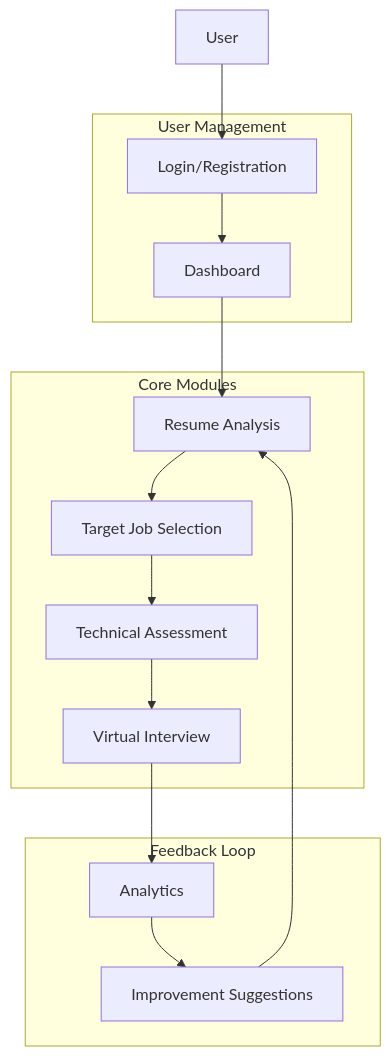
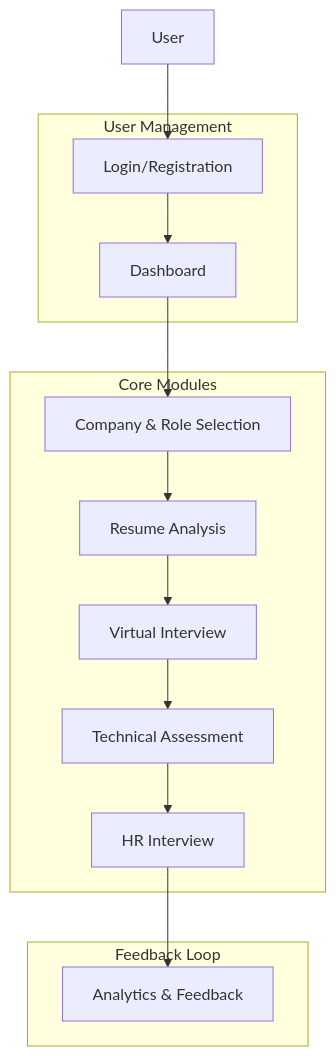
One commit to MaheshSharan/AI-Powered-Interview-Preparation-System-AIPS- changed the first of 6 diagrams in AIPS_Todo_List.md. Above: the diagram before and after it, drawn with Mermaid. The commit also changed other lines of this file and 10 other files, not shown here.

Commit message:
Implement dashboard and company selection modules with local storage persistence

````diff
--- a/AIPS_Todo_List.md
+++ b/AIPS_Todo_List.md
@@ -7,29 +7,28 @@
 ```mermaid
 graph TD
     A[User] --> B[Login/Registration]
     B --> C[Dashboard]
-    C --> D[Resume Analysis]
-    D --> E[Target Job Selection]
-    E --> F[Technical Assessment]
-    F --> G[Virtual Interview]
-    G --> H[Analytics]
-    H --> I[Improvement Suggestions]
-    I --> D
+    C --> D[Company & Role Selection]
+    D --> E[Resume Analysis]
+    E --> F[Virtual Interview]
+    F --> G[Technical Assessment]
+    G --> H[HR Interview]
+    H --> I[Analytics & Feedback]
     
     subgraph User Management
     B
     C
     end
     
     subgraph Core Modules
     D
     E
     F
     G
+    H
     end
     
     subgraph Feedback Loop
-    H
     I
     end
 ```
````
